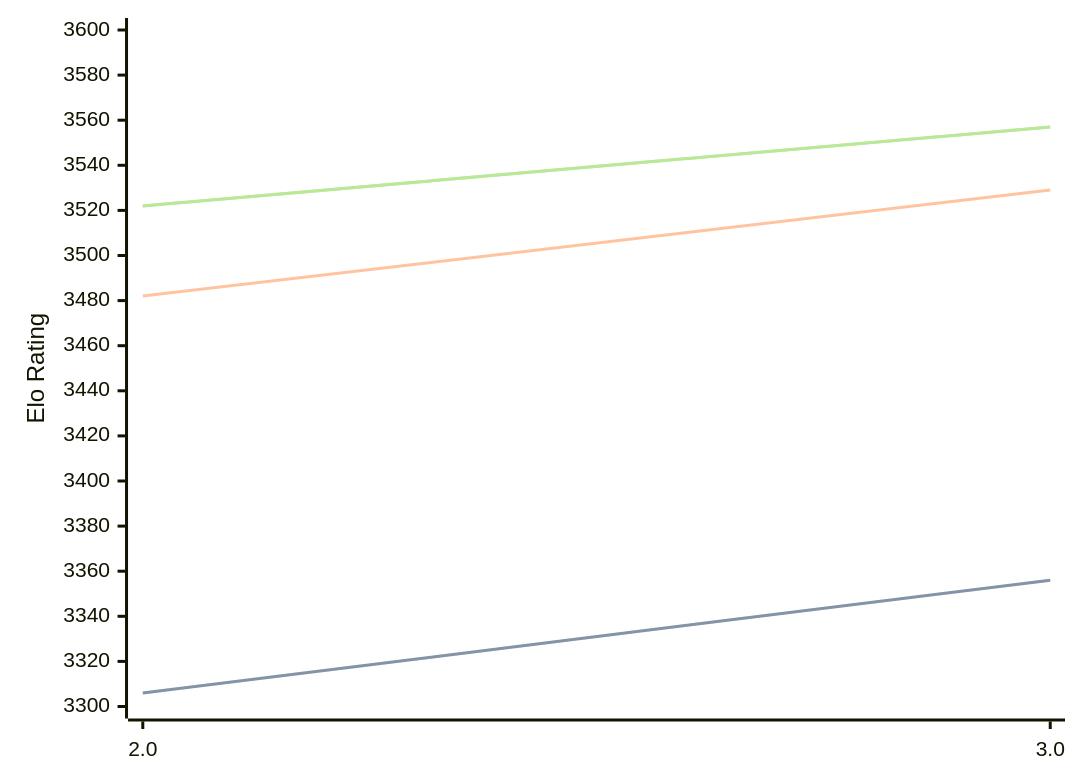
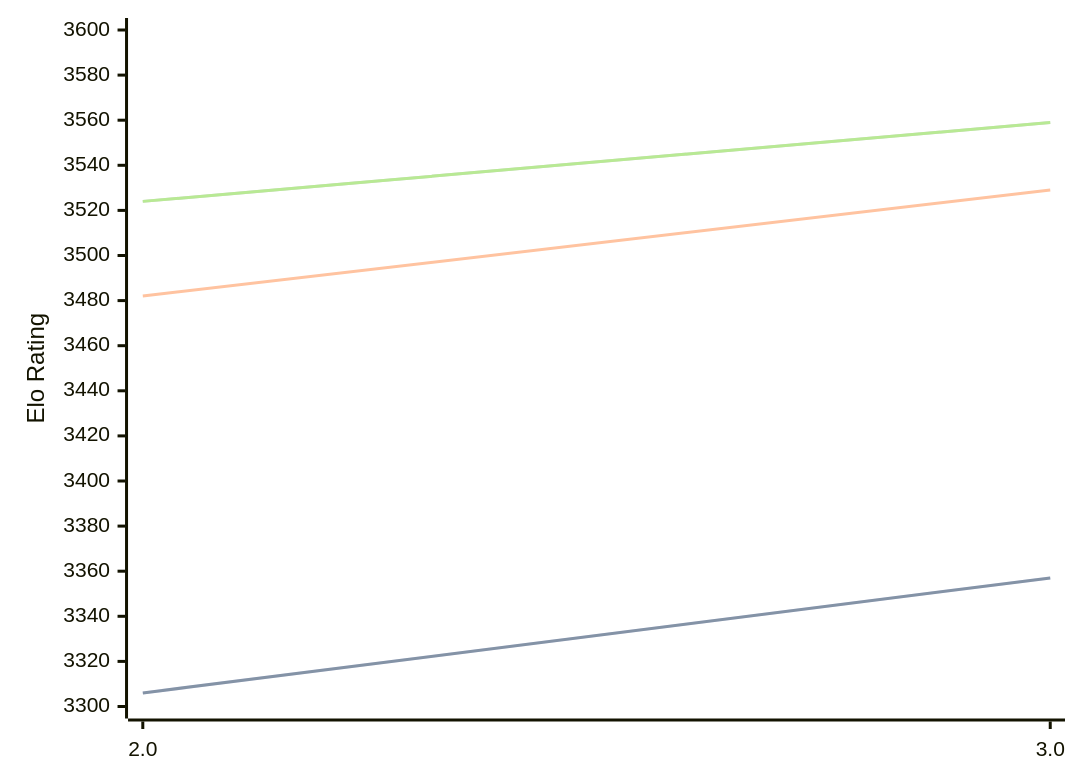
The diagram in engines/Quanticade.md (computer-chess-index/cci), drawn with Mermaid before and after one commit. The commit also changed other lines of this file, not shown here.

Commit message:
Update CCI Ratings (ELO VLTC) - 2026-09-27

````diff
--- a/engines/Quanticade.md
+++ b/engines/Quanticade.md
@@ -32,11 +32,11 @@
 ```mermaid
 %%{init: {"theme":"base","themeVariables":{"seriesColors:['#a3a3a3','#222221','#faa371']}}}%%
 xychart-beta
   x-axis ["2.0", "3.0"]
   y-axis "Elo Rating" 3300 --> 3600
-  line "" [3306, 3356]
-  line "STC (8.0+0.08s)" [3306, 3356]
+  line "" [3306, 3357]
+  line "STC (8.0+0.08s)" [3306, 3357]
   line "LTC (60.0+0.60s)" [3482, 3529]
-  line "" [3522, 3557]
-  line "VLTC (2m24s+1.12s)" [3522, 3557]
+  line "" [3524, 3559]
+  line "VLTC (2m24s+1.12s)" [3524, 3559]
 ```
````
